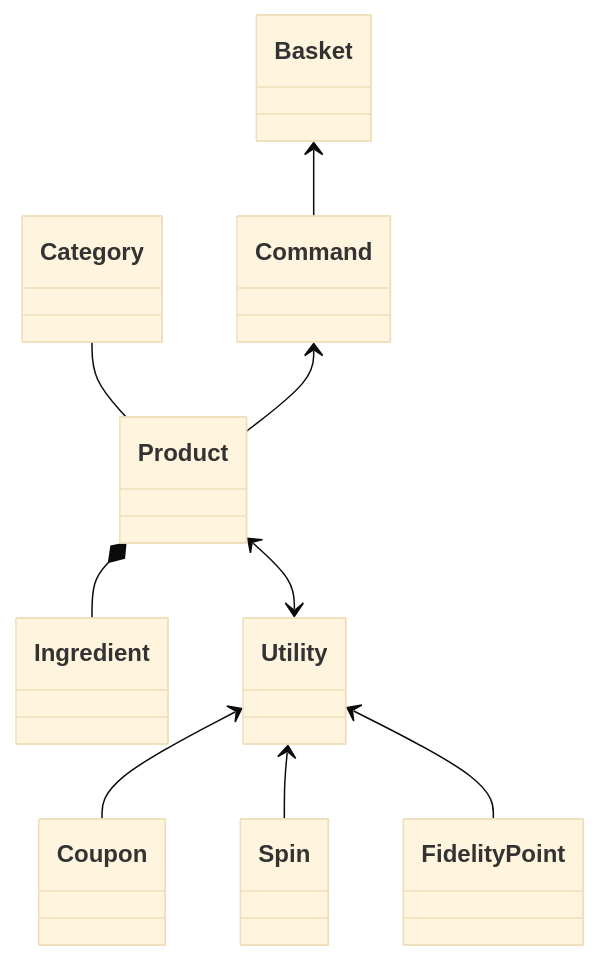
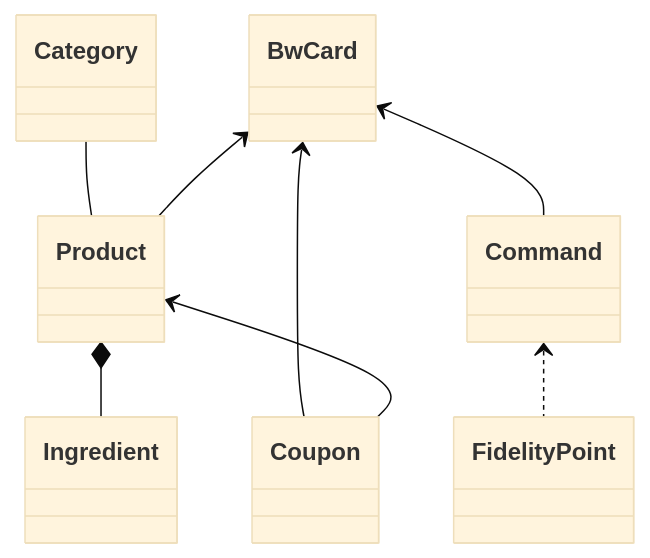
One commit to Brand-Web/Diagrams changed the third of 4 diagrams in bw commnerce/class.md. Above: the diagram before and after it, drawn with Mermaid (base theme). The commit also changed other lines of this file, not shown here.

Commit message:
Product update , User Update /Cas de réstauration

````diff
--- a/bw commnerce/class.md
+++ b/bw commnerce/class.md
@@ -58,15 +58,16 @@
 ```mermaid
 classDiagram 
-  Basket <-- Command
+  
   Category --  Product
   Product *-- Ingredient
-  Command <-- Product
+  BwCard <-- Product
+   BwCard<--Command
+   BwCard<--Coupon
+   Product <-- Coupon
 
-   Utility <-- Coupon
-   Utility <-- Spin
-   Utility <-- FidelityPoint
-   Product <--> Utility
+   Command <.. FidelityPoint
+  
   
    
 
 ```
````
